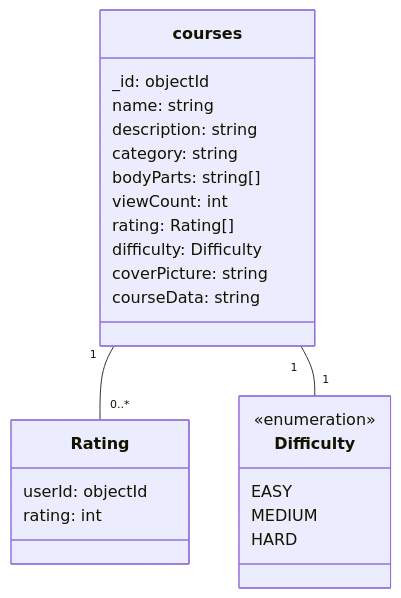
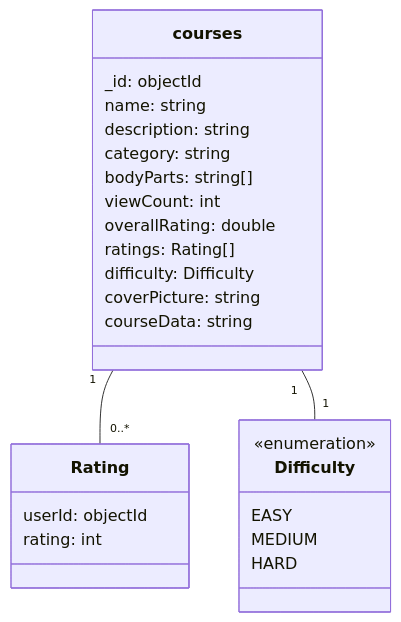
Before and after one commit to fitness-coaching-app/system-diagrams: the diagram in diagrams/database/course.md, drawn with Mermaid. The commit also changed 15 other files, not shown here.

````diff
--- a/diagrams/database/course.md
+++ b/diagrams/database/course.md
@@ -1,36 +1,37 @@
 ```mermaid
 %%{init: {
     "fontFamily": "Helvetica"
 }
 }%%
 classDiagram
     courses "1" -- "0..*" Rating
     courses "1" -- "1" Difficulty
 
     class courses{
         _id: objectId
         name: string
         description: string
         category: string
         bodyParts: string[]
         viewCount: int
-        rating: Rating[]
+        overallRating: double
+        ratings: Rating[]
         difficulty: Difficulty
         coverPicture: string
         courseData: string
     }
 
     class Rating{
         userId: objectId
         rating: int
     }
 
     class Difficulty{
         <<enumeration>>
         EASY
         MEDIUM
         HARD
     }
 
  
 ```
````
